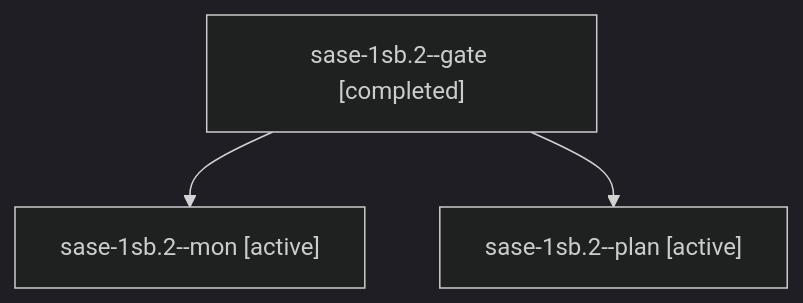
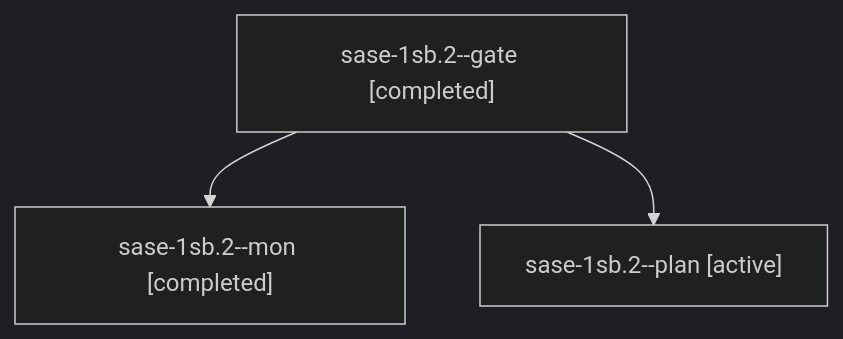
Before and after one commit to sase-org/sase--agents: the diagram in sessions/bbugyi200.athena.sase-1sb.2.md, drawn with Mermaid (dark theme). The commit also changed other lines of this file and 54 other files, not shown here.

````diff
--- a/sessions/bbugyi200.athena.sase-1sb.2.md
+++ b/sessions/bbugyi200.athena.sase-1sb.2.md
@@ -9,8 +9,8 @@
 ```mermaid
 flowchart TD
   n0["sase-1sb.2--gate [completed]"]
-  n1["sase-1sb.2--mon [active]"]
+  n1["sase-1sb.2--mon [completed]"]
   n0 --> n1
   n2["sase-1sb.2--plan [active]"]
   n0 --> n2
 ```
````
